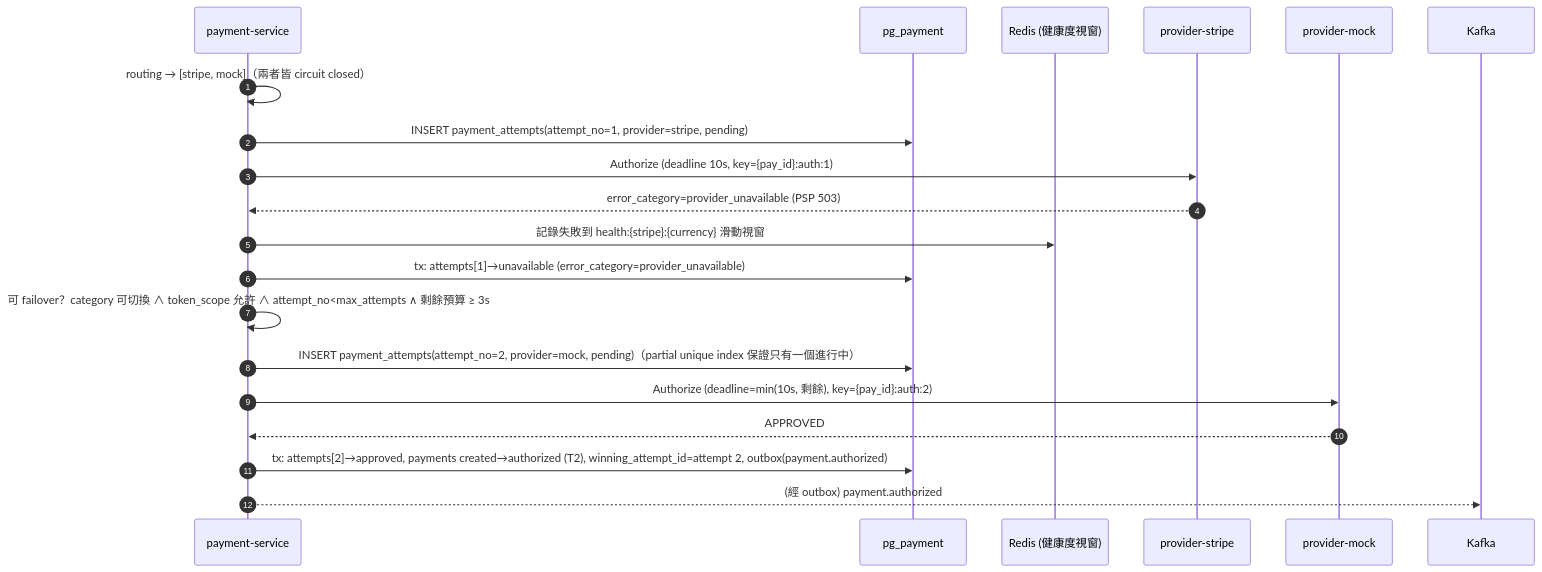
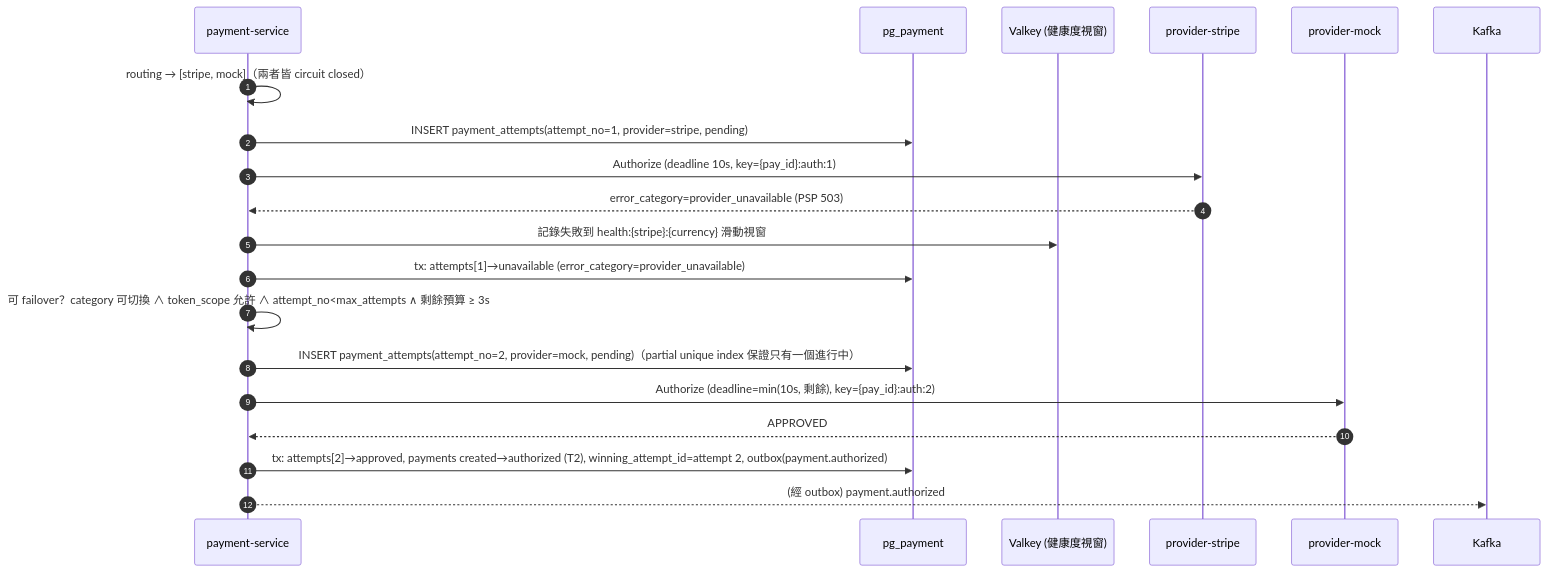
One commit to tenghongzou/PaymentGateway changed the third of 15 diagrams in docs/05-flows-and-sequences.md. Above: the diagram before and after it, drawn with Mermaid. The commit also changed other lines of this file and 41 other files, not shown here.

First line of the commit message:
P0: replace Redis with Valkey across code, deploy, CI and docs (ADR-0013)

````diff
--- a/docs/05-flows-and-sequences.md
+++ b/docs/05-flows-and-sequences.md
@@ -274,23 +274,23 @@
 ```mermaid
 sequenceDiagram
     autonumber
     participant PS as payment-service
     participant DB as pg_payment
-    participant R as Redis (健康度視窗)
+    participant R as Valkey (健康度視窗)
     participant PA1 as provider-stripe
     participant PA2 as provider-mock
     participant K as Kafka
 
     PS->>PS: routing → [stripe, mock]（兩者皆 circuit closed）
     PS->>DB: INSERT payment_attempts(attempt_no=1, provider=stripe, pending)
     PS->>PA1: Authorize (deadline 10s, key={pay_id}:auth:1)
     PA1-->>PS: error_category=provider_unavailable (PSP 503)
     PS->>R: 記錄失敗到 health:{stripe}:{currency} 滑動視窗
     PS->>DB: tx: attempts[1]→unavailable (error_category=provider_unavailable)
     PS->>PS: 可 failover？category 可切換 ∧ token_scope 允許 ∧ attempt_no<max_attempts ∧ 剩餘預算 ≥ 3s
     PS->>DB: INSERT payment_attempts(attempt_no=2, provider=mock, pending)（partial unique index 保證只有一個進行中）
     PS->>PA2: Authorize (deadline=min(10s, 剩餘), key={pay_id}:auth:2)
     PA2-->>PS: APPROVED
     PS->>DB: tx: attempts[2]→approved, payments created→authorized (T2), winning_attempt_id=attempt 2, outbox(payment.authorized)
     PS-->>K: (經 outbox) payment.authorized
 ```
````
